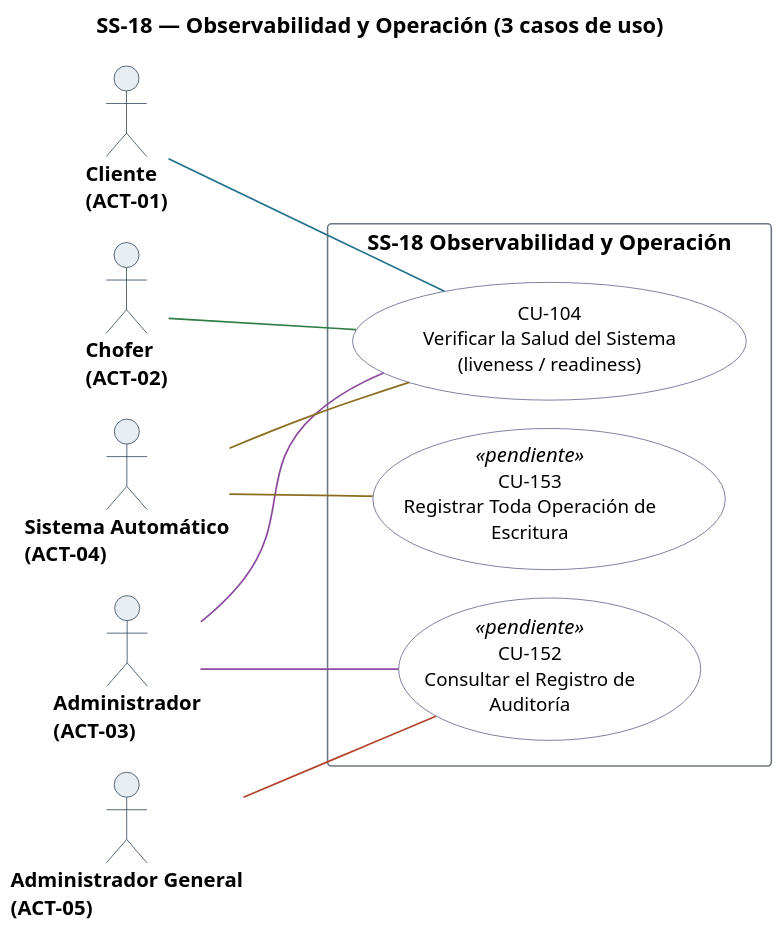
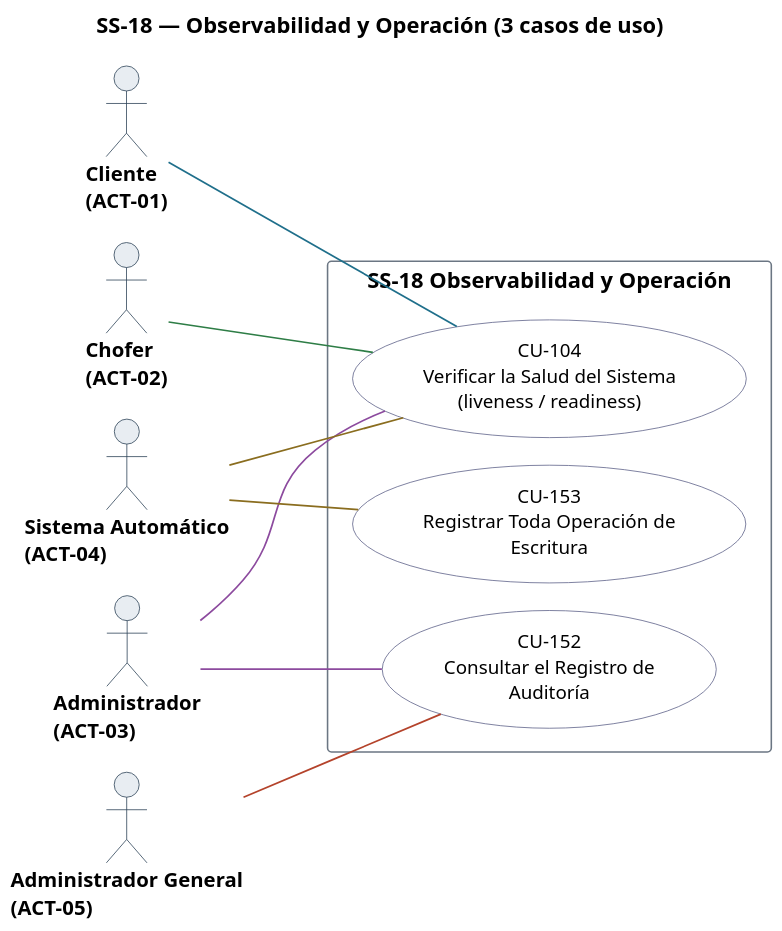
The diagram in diagramas/uml/CU_SS-18_Observabilidad-Y-Operacion.puml (Nahuelito-Dev/splg-docs), drawn with PlantUML before and after one commit. The commit also changed 15 other files, not shown here.

```diff
--- a/diagramas/uml/CU_SS-18_Observabilidad-Y-Operacion.puml
+++ b/diagramas/uml/CU_SS-18_Observabilidad-Y-Operacion.puml
@@ -1,57 +1,57 @@
 @startuml
 title SS-18 — Observabilidad y Operación (3 casos de uso)
 left to right direction
 skinparam backgroundColor #FFFFFF
 skinparam shadowing false
 skinparam defaultFontName Helvetica
 skinparam defaultFontSize 13
 skinparam dpi 150
 skinparam ArrowColor #2C4257
 skinparam ArrowThickness 1.1
 skinparam actor {
   BorderColor #2C4257
   BackgroundColor #E8EDF2
   FontSize 13
   FontStyle bold
 }
 skinparam usecase {
   BorderColor #2C4257
   BackgroundColor #FFFFFF
   FontSize 12
 }
 skinparam rectangle {
   BorderColor #6B7683
   FontSize 14
   FontStyle bold
 }
 
 skinparam nodesep 18
 skinparam ranksep 70
 skinparam usecase {
   BorderColor<<pendiente>> #9C4436
   BackgroundColor<<pendiente>> #F6E4E1
   BorderColor<<factorizado>> #6B7683
   BackgroundColor<<factorizado>> #F2F4F6
 }
 
 actor "Cliente\n(ACT-01)" as A01
 actor "Chofer\n(ACT-02)" as A02
 actor "Administrador\n(ACT-03)" as A03
 actor "Sistema Automático\n(ACT-04)" as A04
 actor "Administrador General\n(ACT-05)" as A05
 
 rectangle "SS-18 Observabilidad y Operación" {
   usecase "CU-104\nVerificar la Salud del Sistema\n(liveness / readiness)" as U104 #back:FFFFFF;line:5B5F87
-  usecase "CU-152\nConsultar el Registro de\nAuditoría" as U152 <<pendiente>> #back:FFFFFF;line:5B5F87
-  usecase "CU-153\nRegistrar Toda Operación de\nEscritura" as U153 <<pendiente>> #back:FFFFFF;line:5B5F87
+  usecase "CU-152\nConsultar el Registro de\nAuditoría" as U152 #back:FFFFFF;line:5B5F87
+  usecase "CU-153\nRegistrar Toda Operación de\nEscritura" as U153 #back:FFFFFF;line:5B5F87
 }
 
 A01 -[#1F6F8B]- U104
 A02 -[#2E7D46]- U104
 A03 -[#8C4A9E]- U104
 A03 -[#8C4A9E]- U152
 A04 -[#8A6D1F]- U104
 A04 -[#8A6D1F]- U153
 A05 -[#B4432B]- U152
 
 @enduml
```
